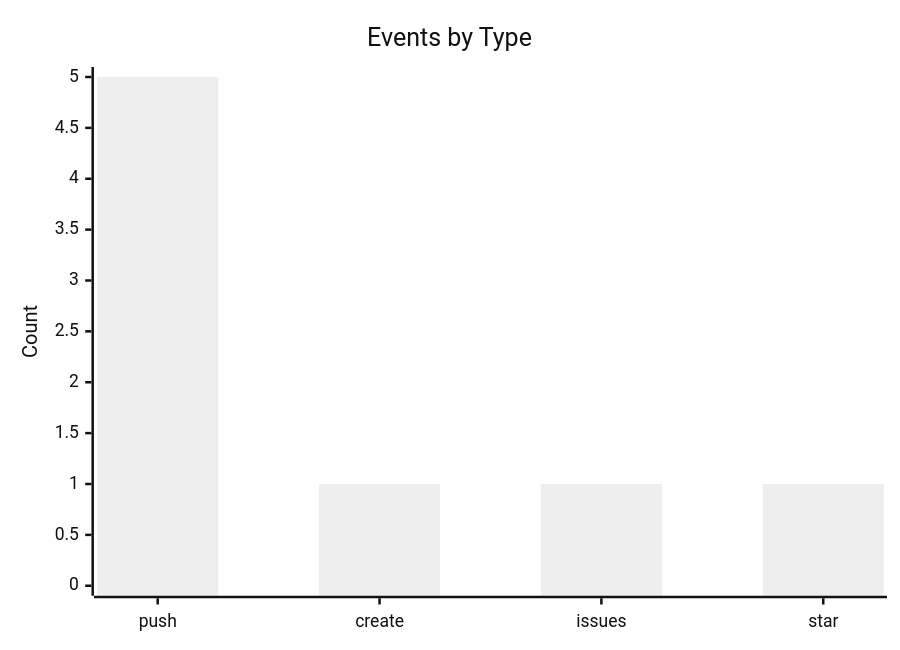
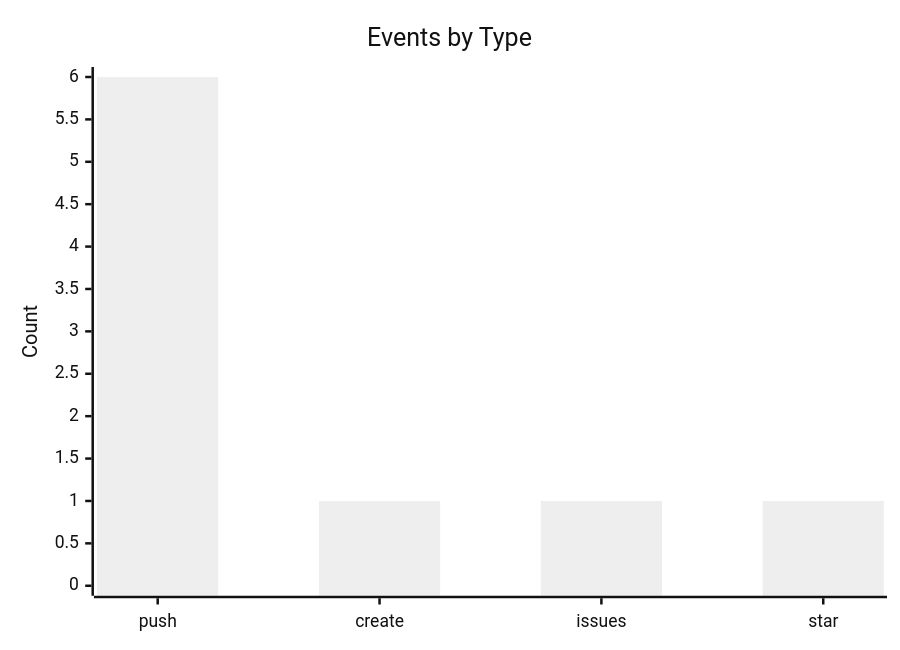
One commit to lunarshe11/lunarshe11 changed the third of 3 diagrams in README.md. Above: the diagram before and after it, drawn with Mermaid (neutral theme). The commit also changed other lines of this file, not shown here.

````diff
--- a/README.md
+++ b/README.md
@@ -38,7 +38,7 @@
 ```mermaid
 xychart-beta
     title "Events by Type"
     x-axis ["push", "create", "issues", "star"]
-    y-axis "Count" 0 --> 5
-    bar [5, 1, 1, 1]
+    y-axis "Count" 0 --> 6
+    bar [6, 1, 1, 1]
 ```
````
